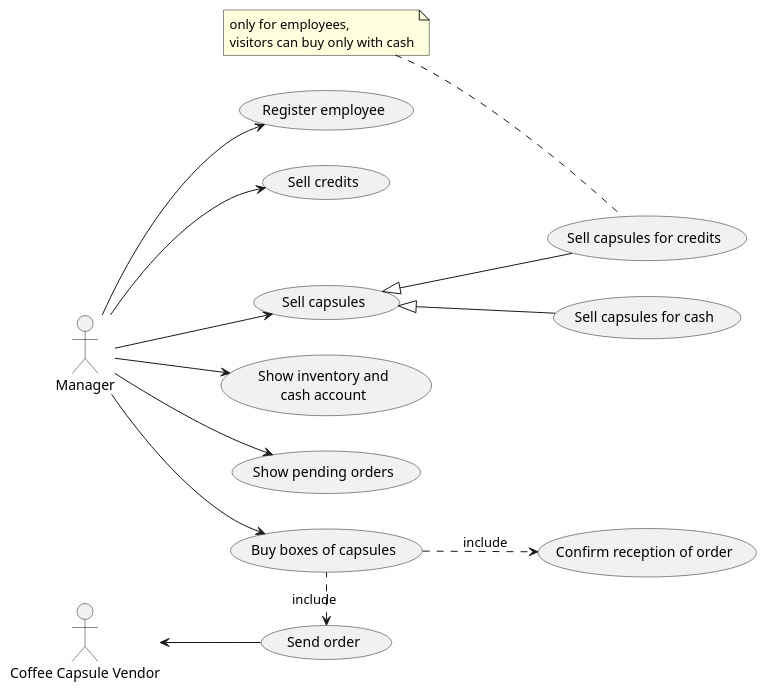
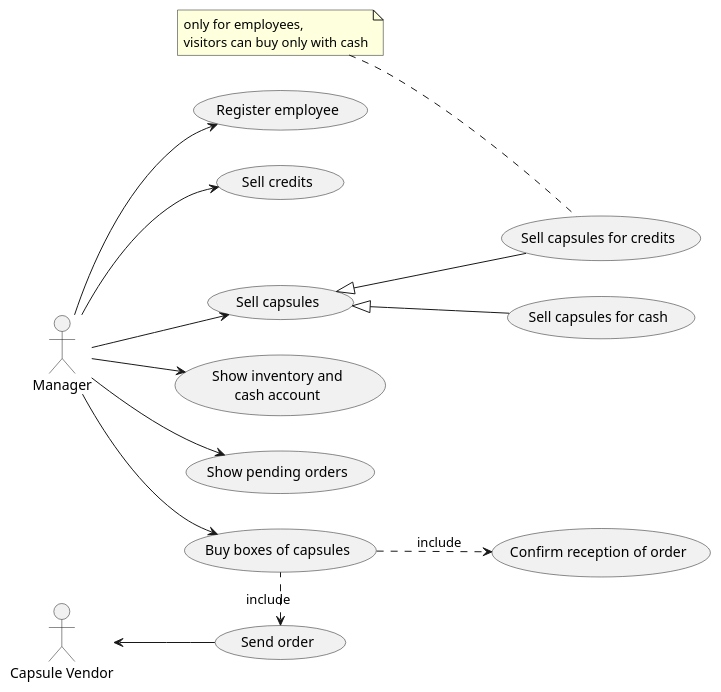
The second of 4 diagrams in requirements.md (eloparco/LaTazza), drawn with PlantUML before and after one commit. The commit also changed other lines of this file, not shown here.

````diff
--- a/requirements.md
+++ b/requirements.md
@@ -144,36 +146,36 @@
 ```plantuml
 left to right direction
 
 :Manager: as m
-:Coffee Capsule Vendor: as ccv
+:Capsule Vendor: as ccv
 
 (Register employee) as re
 together {
 	(Sell capsules) as sca
 	(Sell capsules for credits) as sca1
 	(Sell capsules for cash) as sca2
 }
 together {
 	(Buy boxes of capsules) as bbc
 	(Send order) as so
 	(Confirm reception of order) as cro
 }
 (Sell credits) as scr
 (Show inventory and\ncash account) as sica
 (Show pending orders) as spo
 
 m --> re
 m --> sca
 m --> bbc
 ccv <-- so
 m --> scr
 m --> sica
 m --> spo
 
 sca <|-- sca1
 sca <|-- sca2
 so <. bbc : include
 bbc ..> cro : include
 
 note left of sca1 : only for employees,\nvisitors can buy only with cash
 ```
````
